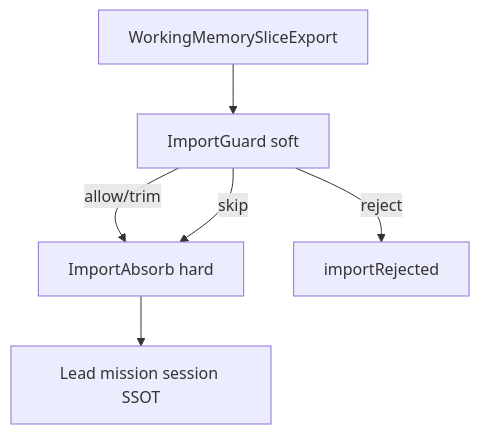
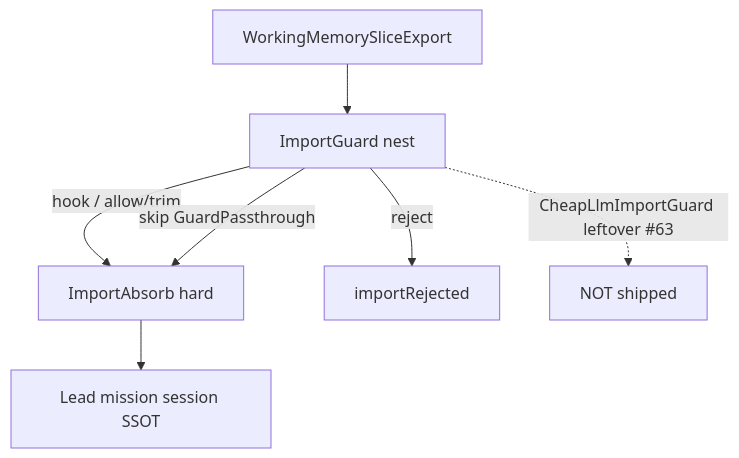
The diagram in sysml-models/outputs/session-import-case-study.md (chouswei/MemNet), drawn with Mermaid before and after one commit. The commit also changed other lines of this file and 8 other files, not shown here.

First line of the commit message:
SysML: nest ImportGuardHook vs CheapLlmImportGuard for MN-REQ-12.11 (#68)

````diff
--- a/sysml-models/outputs/session-import-case-study.md
+++ b/sysml-models/outputs/session-import-case-study.md
@@ -72,8 +80,9 @@
 ```mermaid
 flowchart TB
-  W[WorkingMemorySliceExport] --> G[ImportGuard soft]
-  G -->|allow/trim| A[ImportAbsorb hard]
+  W[WorkingMemorySliceExport] --> G[ImportGuard nest]
+  G -->|hook / allow/trim| A[ImportAbsorb hard]
   G -->|reject| X[importRejected]
-  G -->|skip| A
+  G -->|skip GuardPassthrough| A
+  G -.->|CheapLlmImportGuard leftover #63| L[NOT shipped]
   A --> Lead[Lead mission session SSOT]
 ```
````
